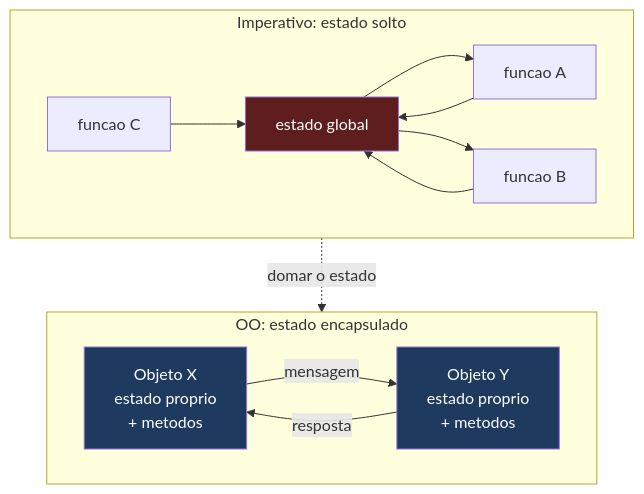
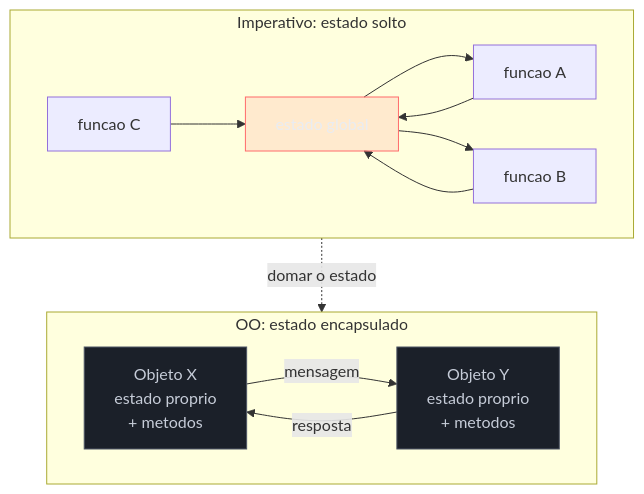
Before and after one commit to josenaldo/codex-technomanticus: the second of 6 diagrams in 03-Dominios/Ciência/Paradigmas/03 - O paradigma orientado a objetos.md, drawn with Mermaid. The commit also changed other lines of this file and 1181 other files, not shown here.

First line of the commit message:
fix(diagramas): paleta do sistema no lugar de cor cravada no markdown

````diff
--- a/03-Dominios/Ciência/Paradigmas/03 - O paradigma orientado a objetos.md
+++ b/03-Dominios/Ciência/Paradigmas/03 - O paradigma orientado a objetos.md
@@ -64,21 +65,23 @@
 ```mermaid
 flowchart TB
+    classDef falha fill:#FF6B6B24,stroke:#FF6B6B,color:#E9ECF2
+    classDef neutro fill:#1B2029,stroke:#4E5666,color:#C6CCD8
     subgraph IMP["Imperativo: estado solto"]
         G["estado global"]
         F1["funcao A"] --> G
         F2["funcao B"] --> G
         F3["funcao C"] --> G
         G --> F1
         G --> F2
     end
     subgraph OO["OO: estado encapsulado"]
         O1["Objeto X<br/>estado proprio<br/>+ metodos"]
         O2["Objeto Y<br/>estado proprio<br/>+ metodos"]
         O1 -->|"mensagem"| O2
         O2 -->|"resposta"| O1
     end
     IMP -.->|"domar o estado"| OO
-    style G fill:#5f1e1e,color:#fff
-    style O1 fill:#1e3a5f,color:#fff
-    style O2 fill:#1e3a5f,color:#fff
+    class G falha
+    class O1 neutro
+    class O2 neutro
 ```
````
